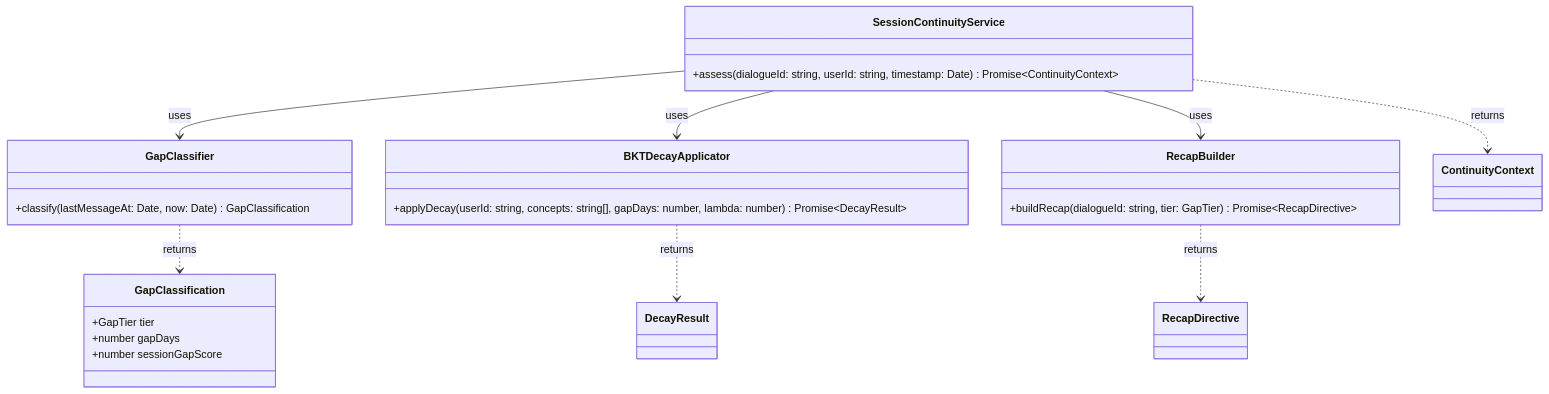
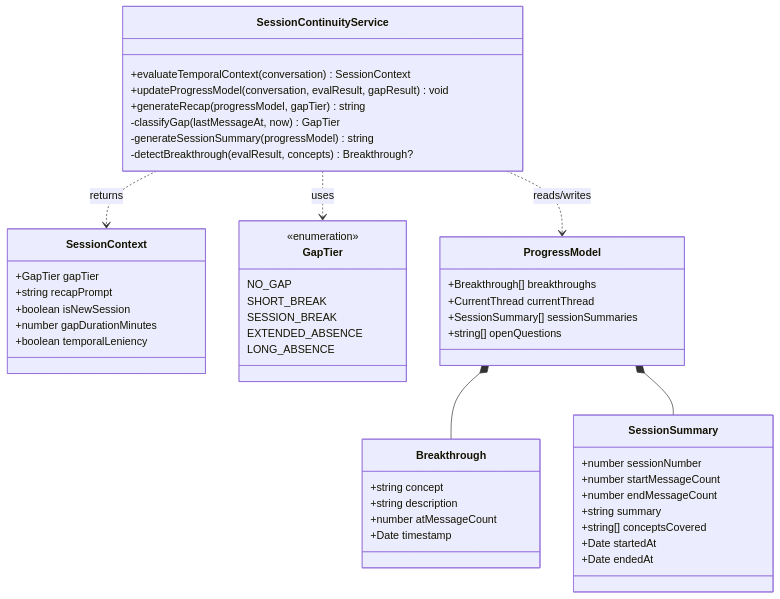
One commit to shettydev/mukti changed the sixth of 7 diagrams in docs/rfcs/active/rfc-0005-session-continuity-temporal-awareness/index.md. Above: the diagram before and after it, drawn with Mermaid. The commit also changed other lines of this file and 1 other file, not shown here.

First line of the commit message:
docs(rfc): Refine dialogue quality guardrails RFC

````diff
--- a/docs/rfcs/active/rfc-0005-session-continuity-temporal-awareness/index.md
+++ b/docs/rfcs/active/rfc-0005-session-continuity-temporal-awareness/index.md
@@ -406,32 +401,58 @@
 ```mermaid
 classDiagram
     class SessionContinuityService {
-        +assess(dialogueId: string, userId: string, timestamp: Date) Promise~ContinuityContext~
+        +evaluateTemporalContext(conversation) SessionContext
+        +updateProgressModel(conversation, evalResult, gapResult) void
+        +generateRecap(progressModel, gapTier) string
+        -classifyGap(lastMessageAt, now) GapTier
+        -generateSessionSummary(progressModel) string
+        -detectBreakthrough(evalResult, concepts) Breakthrough?
     }
 
-    class GapClassifier {
-        +classify(lastMessageAt: Date, now: Date) GapClassification
+    class SessionContext {
+        +GapTier gapTier
+        +string recapPrompt
+        +boolean isNewSession
+        +number gapDurationMinutes
+        +boolean temporalLeniency
     }
 
-    class GapClassification {
-        +GapTier tier
-        +number gapDays
-        +number sessionGapScore
+    class GapTier {
+        <<enumeration>>
+        NO_GAP
+        SHORT_BREAK
+        SESSION_BREAK
+        EXTENDED_ABSENCE
+        LONG_ABSENCE
     }
 
-    class BKTDecayApplicator {
-        +applyDecay(userId: string, concepts: string[], gapDays: number, lambda: number) Promise~DecayResult~
+    class ProgressModel {
+        +Breakthrough[] breakthroughs
+        +CurrentThread currentThread
+        +SessionSummary[] sessionSummaries
+        +string[] openQuestions
     }
 
-    class RecapBuilder {
-        +buildRecap(dialogueId: string, tier: GapTier) Promise~RecapDirective~
+    class Breakthrough {
+        +string concept
+        +string description
+        +number atMessageCount
+        +Date timestamp
     }
 
-    SessionContinuityService --> GapClassifier : uses
-    SessionContinuityService --> BKTDecayApplicator : uses
-    SessionContinuityService --> RecapBuilder : uses
-    SessionContinuityService ..> ContinuityContext : returns
-    GapClassifier ..> GapClassification : returns
-    BKTDecayApplicator ..> DecayResult : returns
-    RecapBuilder ..> RecapDirective : returns
+    class SessionSummary {
+        +number sessionNumber
+        +number startMessageCount
+        +number endMessageCount
+        +string summary
+        +string[] conceptsCovered
+        +Date startedAt
+        +Date endedAt
+    }
+
+    SessionContinuityService ..> SessionContext : returns
+    SessionContinuityService ..> ProgressModel : reads/writes
+    SessionContinuityService ..> GapTier : uses
+    ProgressModel *-- Breakthrough
+    ProgressModel *-- SessionSummary
 ```
````
